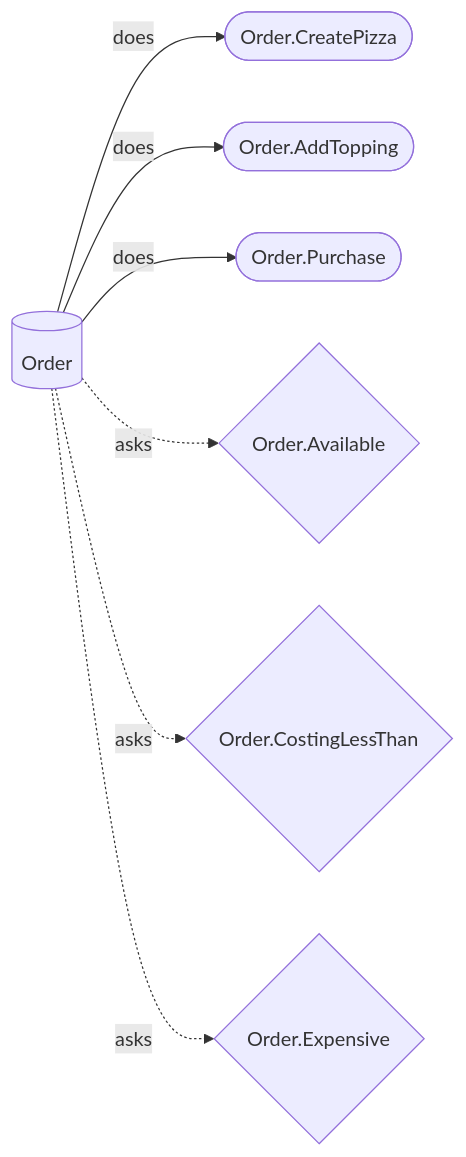
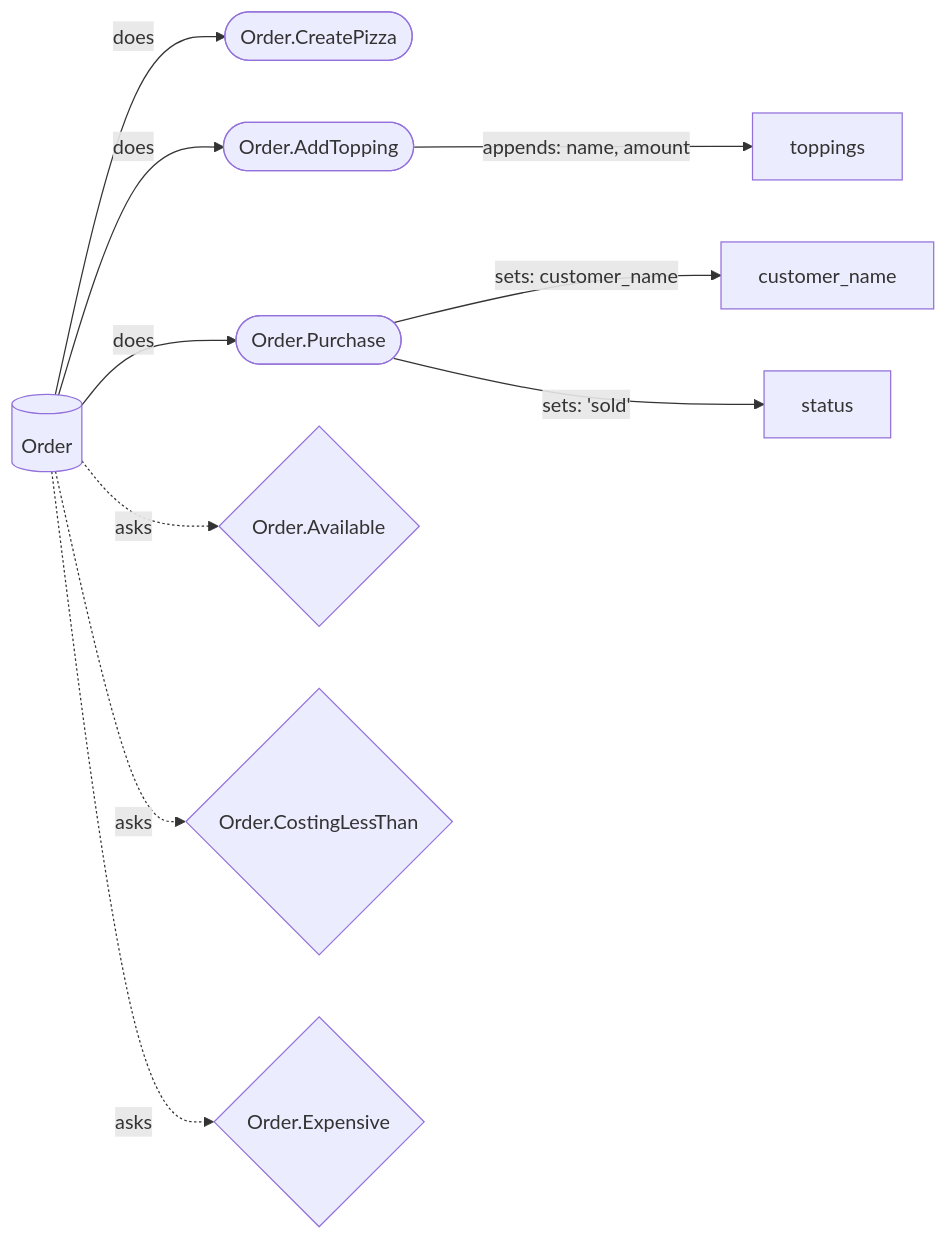
The diagram in docs/generated/diagrams/pizzas/Order_surface.mmd (chrisyoung/hecks), drawn with Mermaid before and after one commit. The commit also changed 16 other files, not shown here.

```diff
--- a/docs/generated/diagrams/pizzas/Order_surface.mmd
+++ b/docs/generated/diagrams/pizzas/Order_surface.mmd
@@ -1,9 +1,12 @@
-%% GENERATED by bin/project_diagrams from Order's own declared commands and queries — DO NOT EDIT BY HAND.
+%% GENERATED by bin/project_diagrams from Order's own declared commands (and what each writes) and queries — DO NOT EDIT BY HAND.
 %% Re-run `bin/project_diagrams <domain-path> Pizzas` after any change.
 flowchart LR
     Order[(Order)] -->|does| cmd_Order_CreatePizza(["Order.CreatePizza"])
     Order[(Order)] -->|does| cmd_Order_AddTopping(["Order.AddTopping"])
     Order[(Order)] -->|does| cmd_Order_Purchase(["Order.Purchase"])
+    cmd_Order_AddTopping(["Order.AddTopping"]) -->|"appends: name, amount"| attr_Order_toppings[toppings]
+    cmd_Order_Purchase(["Order.Purchase"]) -->|"sets: customer_name"| attr_Order_customer_name[customer_name]
+    cmd_Order_Purchase(["Order.Purchase"]) -->|"sets: 'sold'"| attr_Order_status[status]
     Order[(Order)] -.->|asks| qry_Order_Available{"Order.Available"}
     Order[(Order)] -.->|asks| qry_Order_CostingLessThan{"Order.CostingLessThan"}
     Order[(Order)] -.->|asks| qry_Order_Expensive{"Order.Expensive"}
```
